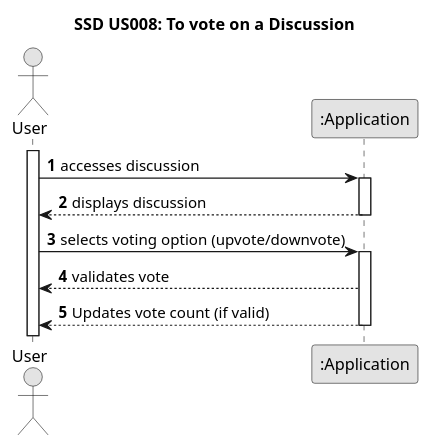
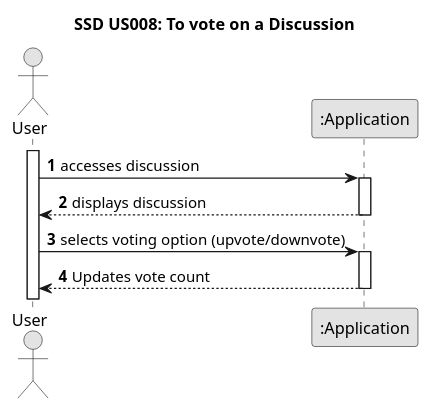
One commit to TiagoMagalhaes1232507/Testando-projeto changed the diagram in docs/sprint01/us008/01.requirements-engineering/puml/us008-system-sequence-diagram.puml. Above: the diagram before and after it, drawn with PlantUML. The commit also changed 1 other file, not shown here.

```diff
--- a/docs/sprint01/us008/01.requirements-engineering/puml/us008-system-sequence-diagram.puml
+++ b/docs/sprint01/us008/01.requirements-engineering/puml/us008-system-sequence-diagram.puml
@@ -1,28 +1,26 @@
 @startuml
 skinparam monochrome true
 skinparam packageStyle rectangle
 skinparam shadowing false
 
 title SSD US008: To vote on a Discussion 
 
 autonumber
 
 actor "User" as User
 participant ":Application" as System
 
 activate User
 
     User -> System : accesses discussion
     activate System
 
         System --> User : displays discussion
     deactivate System
 
     User -> System : selects voting option (upvote/downvote)
     activate System
 
-        System --> User : validates vote
-
-        System --> User : Updates vote count (if valid)
+        System --> User : Updates vote count
     deactivate System
 @enduml
```
